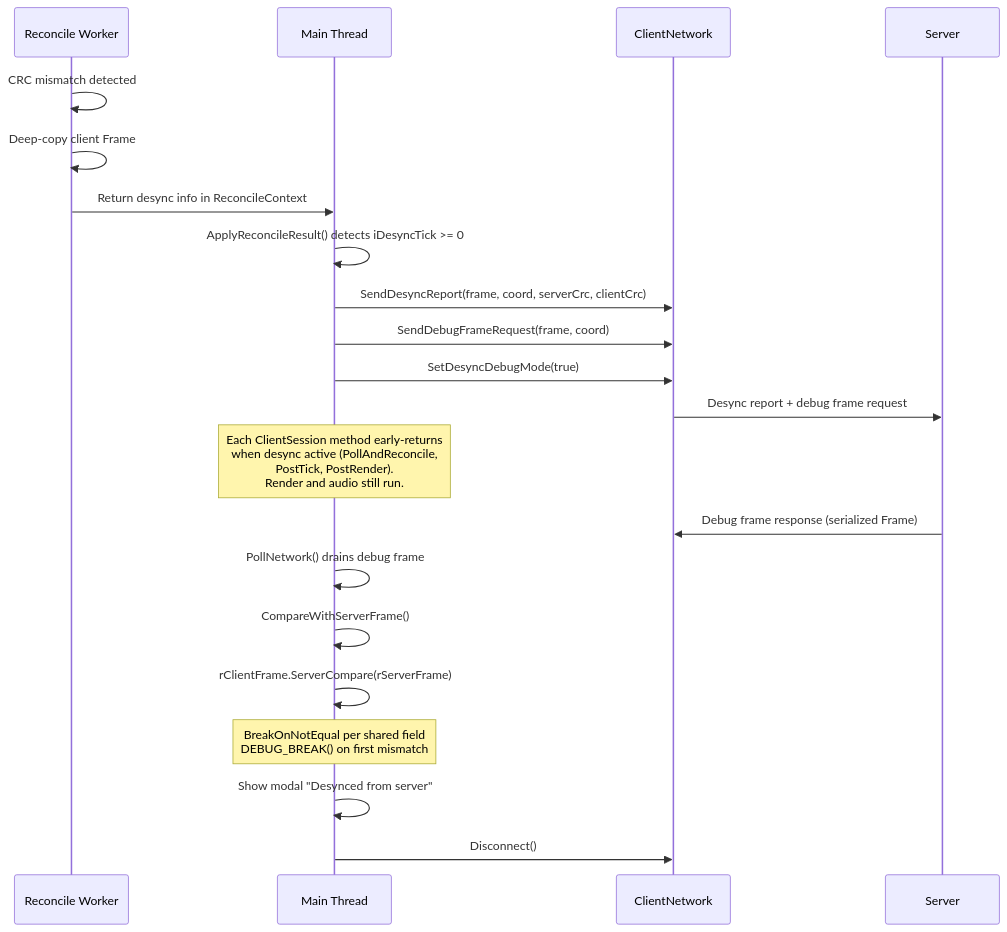
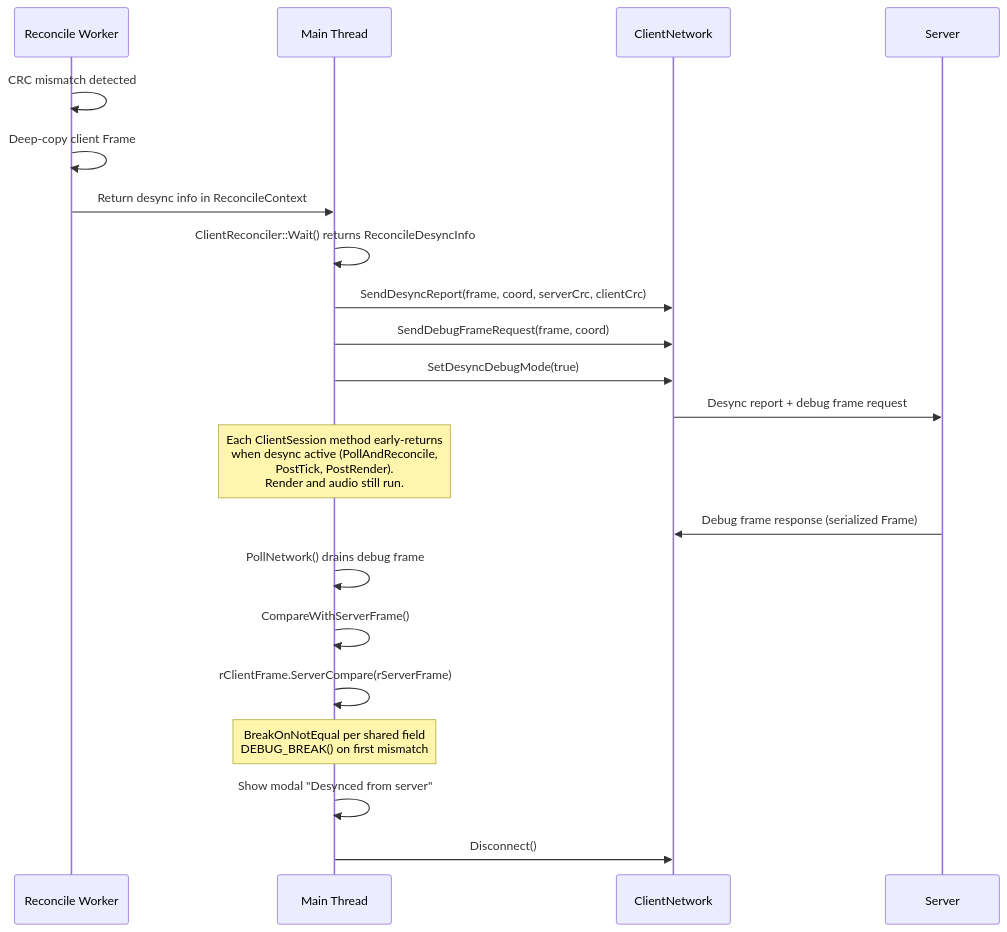
Before and after one commit to DougTanner/BrokenEnginePublic: the fourth of 4 diagrams in Documents/Architecture/GameReconciliation.md, drawn with Mermaid. The commit also changed other lines of this file and 116 other files, not shown here.

````diff
--- a/Documents/Architecture/GameReconciliation.md
+++ b/Documents/Architecture/GameReconciliation.md
@@ -141,29 +141,29 @@
 ```mermaid
 %%{init: {'theme': 'default'}}%%
 sequenceDiagram
     participant Worker as Reconcile Worker
     participant Main as Main Thread
     participant Net as ClientNetwork
     participant Server
 
     Worker->>Worker: CRC mismatch detected
     Worker->>Worker: Deep-copy client Frame
     Worker->>Main: Return desync info in ReconcileContext
 
-    Main->>Main: ApplyReconcileResult() detects iDesyncTick >= 0
+    Main->>Main: ClientReconciler::Wait() returns ReconcileDesyncInfo
     Main->>Net: SendDesyncReport(frame, coord, serverCrc, clientCrc)
     Main->>Net: SendDebugFrameRequest(frame, coord)
     Main->>Net: SetDesyncDebugMode(true)
     Net->>Server: Desync report + debug frame request
 
     Note over Main: Each ClientSession method early-returns<br/>when desync active (PollAndReconcile,<br/>PostTick, PostRender).<br/>Render and audio still run.
 
     Server->>Net: Debug frame response (serialized Frame)
     Main->>Main: PollNetwork() drains debug frame
     Main->>Main: CompareWithServerFrame()
     Main->>Main: rClientFrame.ServerCompare(rServerFrame)
     Note over Main: BreakOnNotEqual per shared field<br/>DEBUG_BREAK() on first mismatch
 
     Main->>Main: Show modal "Desynced from server"
     Main->>Net: Disconnect()
 ```
````
